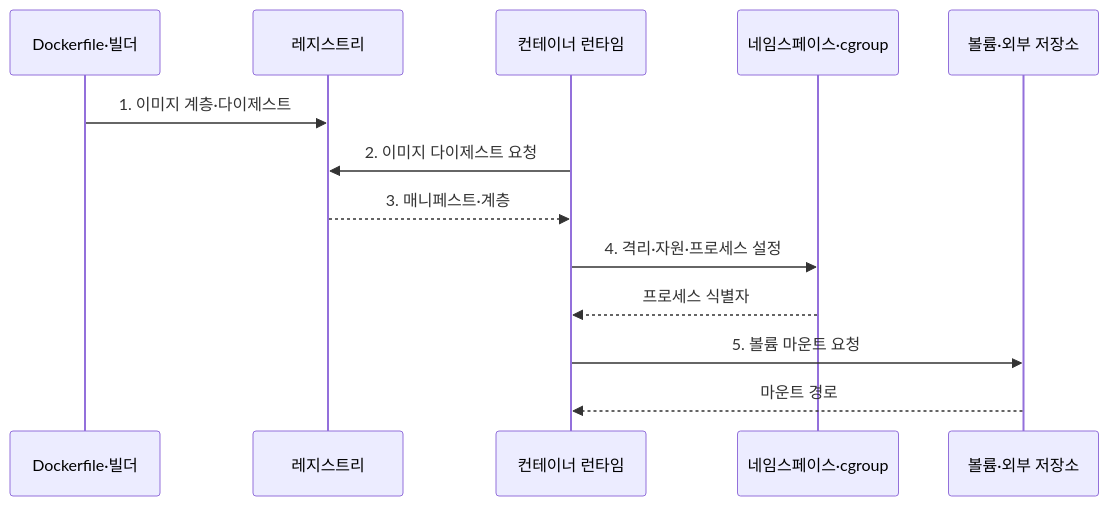
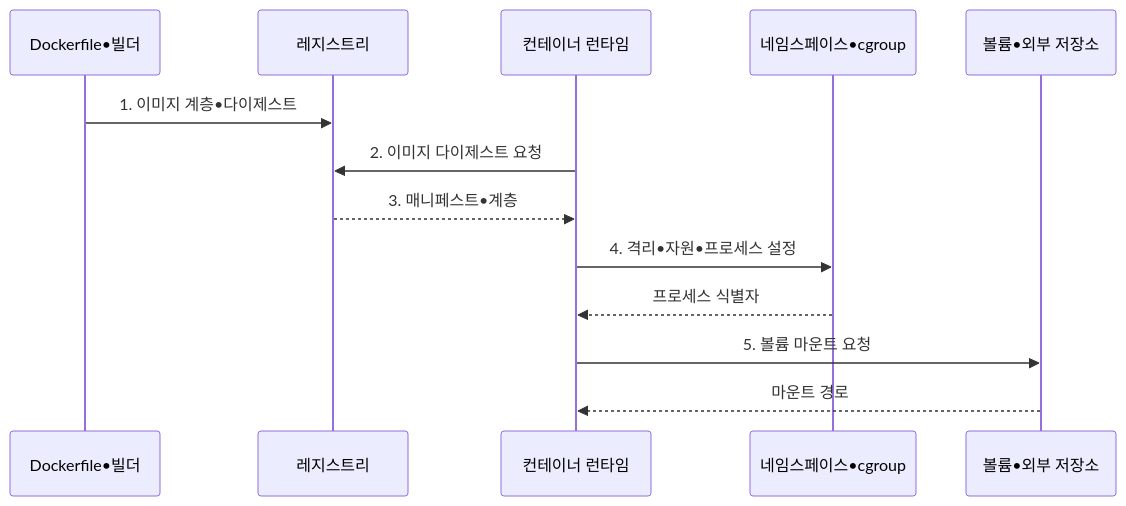
Before and after one commit to agnusdei1207/knowledge-base: the second of 2 diagrams in src/content/docs/notes/03-software/150_docker_container.md, drawn with Mermaid. The commit also changed other lines of this file and 953 other files, not shown here.

````diff
--- a/src/content/docs/notes/03-software/150_docker_container.md
+++ b/src/content/docs/notes/03-software/150_docker_container.md
@@ -107,15 +107,15 @@
 ```mermaid
 sequenceDiagram
-    participant B as Dockerfile·빌더
+    participant B as Dockerfile•빌더
     participant R as 레지스트리
     participant C as 컨테이너 런타임
-    participant K as 네임스페이스·cgroup
-    participant V as 볼륨·외부 저장소
-    B->>R: 1. 이미지 계층·다이제스트
+    participant K as 네임스페이스•cgroup
+    participant V as 볼륨•외부 저장소
+    B->>R: 1. 이미지 계층•다이제스트
     C->>R: 2. 이미지 다이제스트 요청
-    R-->>C: 3. 매니페스트·계층
-    C->>K: 4. 격리·자원·프로세스 설정
+    R-->>C: 3. 매니페스트•계층
+    C->>K: 4. 격리•자원•프로세스 설정
     K-->>C: 프로세스 식별자
     C->>V: 5. 볼륨 마운트 요청
     V-->>C: 마운트 경로
 ```
````
